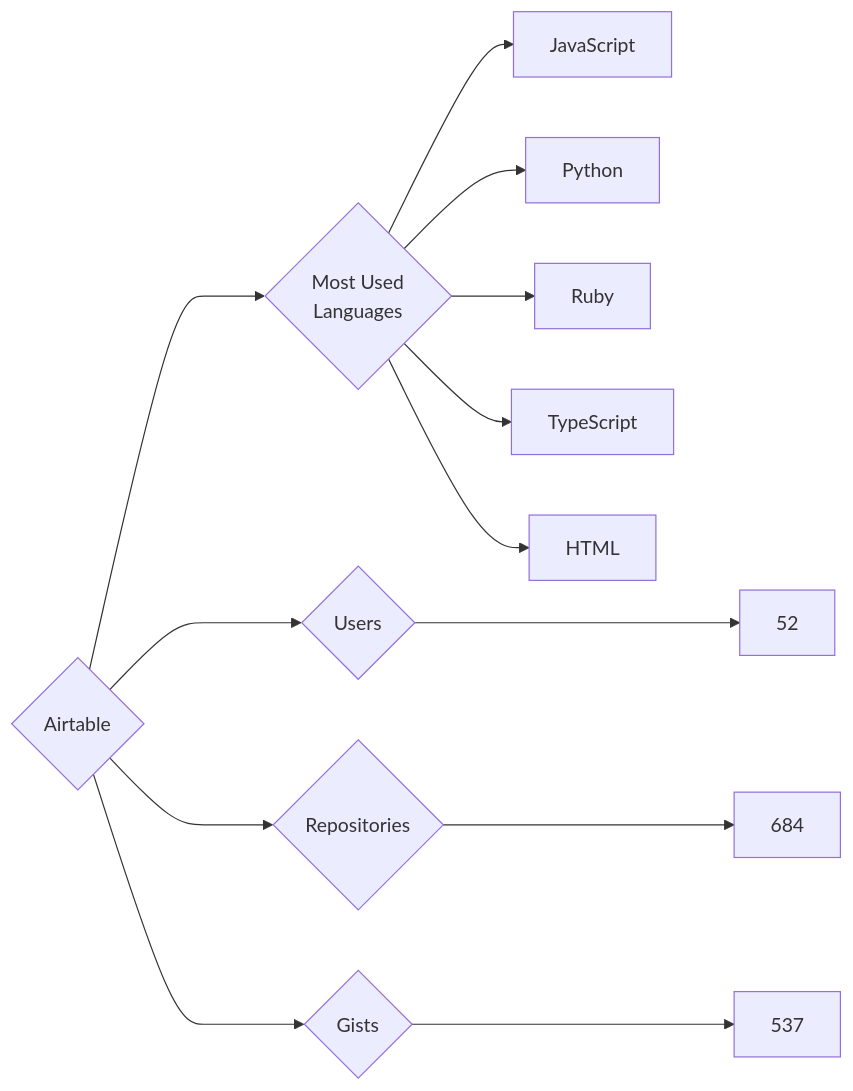
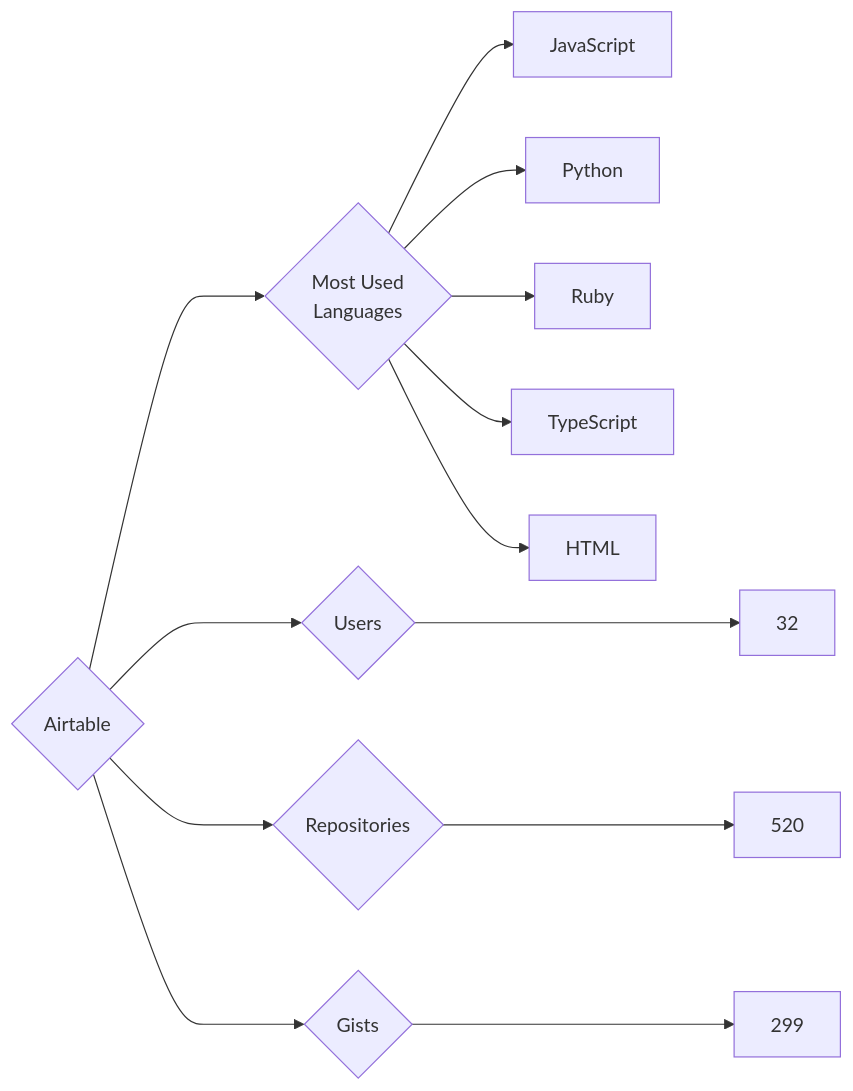
Before and after one commit to trickest/insiders: the diagram in targets/Airtable/README.md, drawn with Mermaid. The commit also changed 900 other files, not shown here.

````diff
--- a/targets/Airtable/README.md
+++ b/targets/Airtable/README.md
@@ -3,13 +3,13 @@
 ```mermaid
 graph LR
 COMPANY_NAME{Airtable}
-COMPANY_NAME ---> U{Users} ---> UN[52]
-COMPANY_NAME ---> R{Repositories} ---> RN[684]
-COMPANY_NAME ---> G{Gists} ---> GN[537]
+COMPANY_NAME ---> U{Users} ---> UN[32]
+COMPANY_NAME ---> R{Repositories} ---> RN[520]
+COMPANY_NAME ---> G{Gists} ---> GN[299]
 COMPANY_NAME ---> ML{Most Used<br>Languages}
 ML --> JavaScript[JavaScript]
 ML --> Python[Python]
 ML --> Ruby[Ruby]
 ML --> TypeScript[TypeScript]
 ML --> HTML[HTML]
 ```
````
